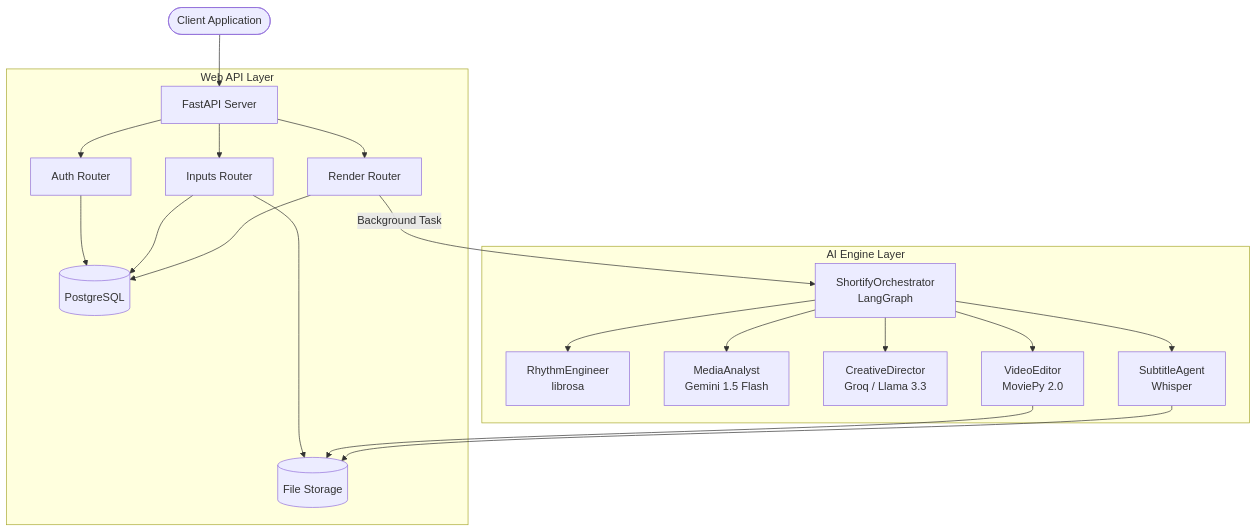
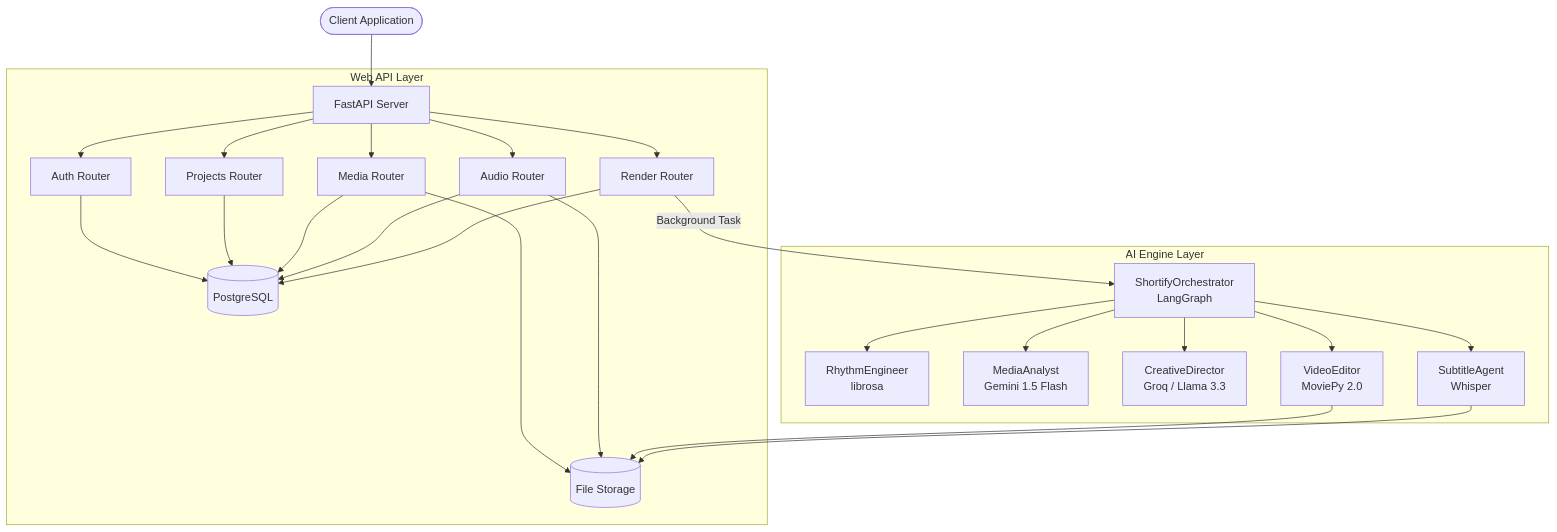
The first of 3 diagrams in README.md (abrarshahh/Shortify_BE), drawn with Mermaid before and after one commit. The commit also changed other lines of this file and 12 other files, not shown here.

Commit message:
refactor: restructure backend architecture and asset management logic

````diff
--- a/README.md
+++ b/README.md
@@ -35,39 +35,46 @@
 ```mermaid
 graph TD
     Client([Client Application])
 
     subgraph Web API Layer
         A[FastAPI Server]
         B[Auth Router]
-        C[Inputs Router]
-        D[Render Router]
+        C[Projects Router]
+        D[Media Router]
+        E[Audio Router]
+        F[Render Router]
         DB[(PostgreSQL)]
         FS[(File Storage)]
     end
 
     subgraph AI Engine Layer
-        E[ShortifyOrchestrator\nLangGraph]
-        F[RhythmEngineer\nlibrosa]
-        G[MediaAnalyst\nGemini 1.5 Flash]
-        H[CreativeDirector\nGroq / Llama 3.3]
-        I[VideoEditor\nMoviePy 2.0]
-        J[SubtitleAgent\nWhisper]
+        G[ShortifyOrchestrator\nLangGraph]
+        H[RhythmEngineer\nlibrosa]
+        I[MediaAnalyst\nGemini 1.5 Flash]
+        J[CreativeDirector\nGroq / Llama 3.3]
+        K[VideoEditor\nMoviePy 2.0]
+        L[SubtitleAgent\nWhisper]
     end
 
     Client --> A
     A --> B
     A --> C
     A --> D
+    A --> E
+    A --> F
     B --> DB
     C --> DB
-    C --> FS
     D --> DB
-    D -->|Background Task| E
-    E --> F
-    E --> G
-    E --> H
-    E --> I
-    E --> J
-    I --> FS
-    J --> FS
+    D --> FS
+    E --> DB
+    E --> FS
+    F --> DB
+    F -->|Background Task| G
+    G --> H
+    G --> I
+    G --> J
+    G --> K
+    G --> L
+    K --> FS
+    L --> FS
 ```
````
